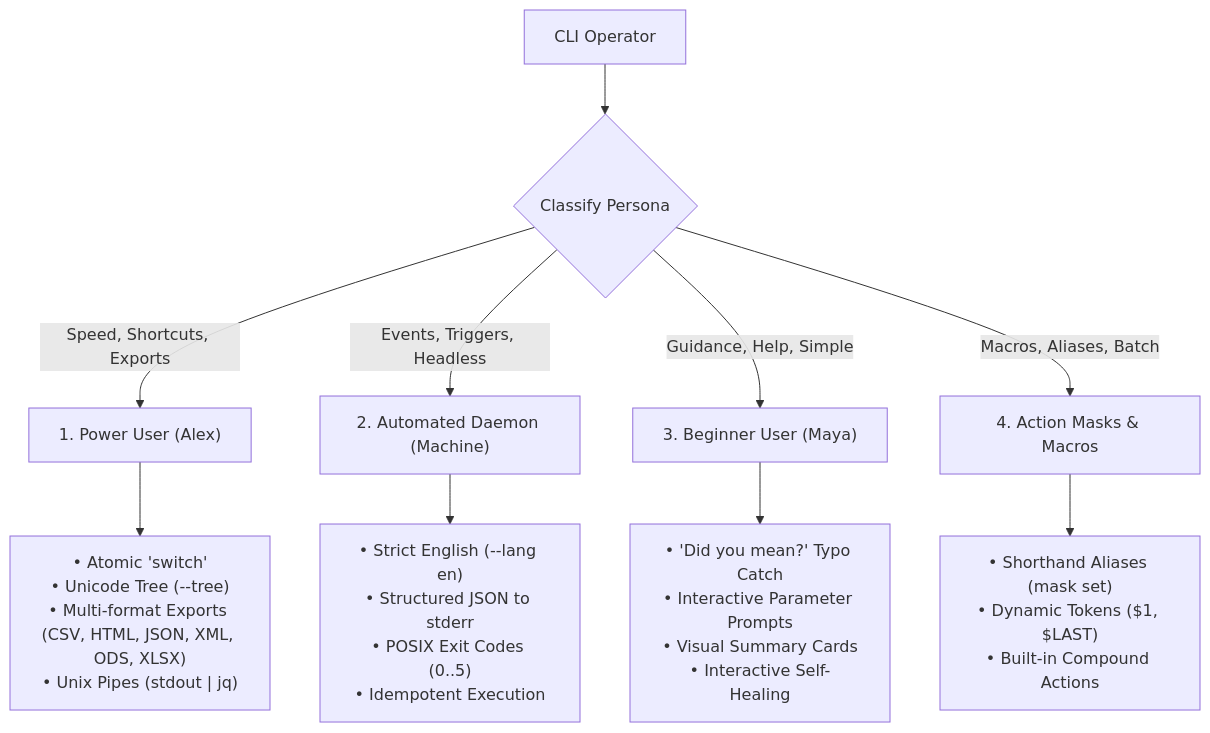
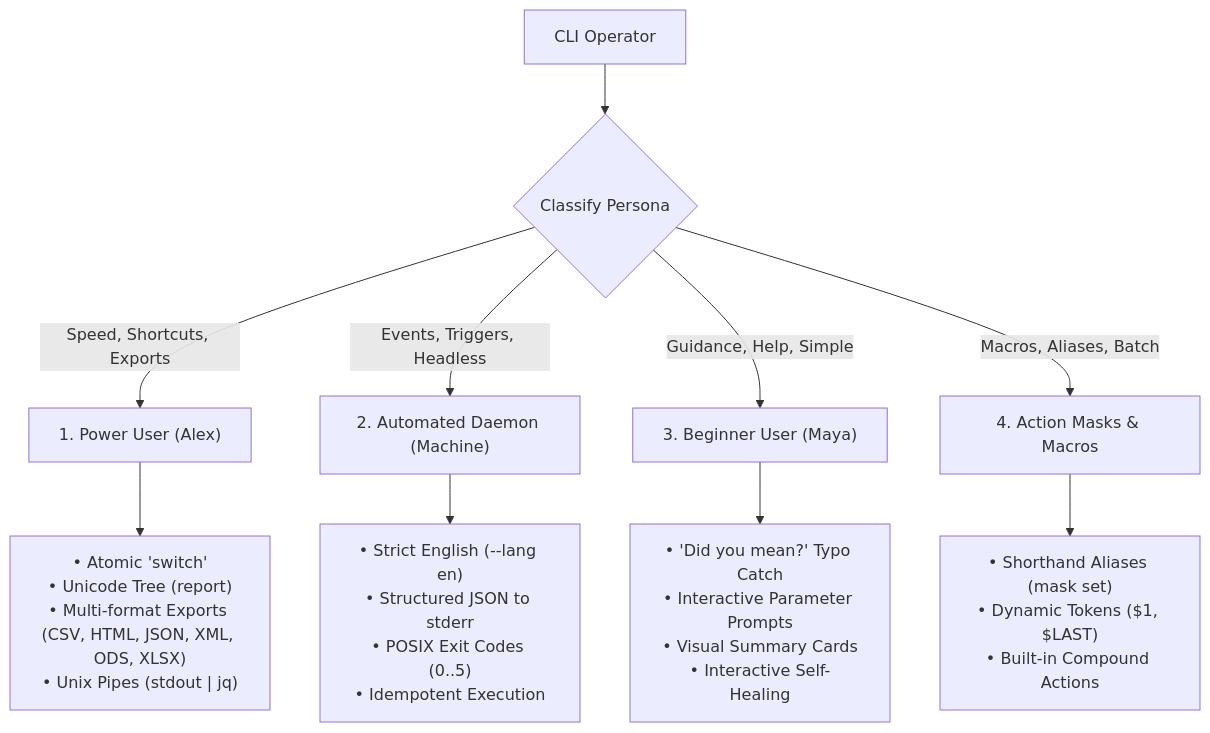
One commit to beoArcha/TimeLog changed the diagram in docs/manifesto/CLI.md. Above: the diagram before and after it, drawn with Mermaid. The commit also changed other lines of this file and 56 other files, not shown here.

First line of the commit message:
feat(cli): report format registry, --format/--variant/-o and report --json on ReportDocument (PR-24) (#140)

````diff
--- a/docs/manifesto/CLI.md
+++ b/docs/manifesto/CLI.md
@@ -80,14 +80,14 @@
 ```mermaid
 graph TD
     User["CLI Operator"] --> Identify{"Classify Persona"}
     
     Identify -->|Speed, Shortcuts, Exports| Alex["1. Power User (Alex)"]
     Identify -->|Events, Triggers, Headless| Daemon["2. Automated Daemon (Machine)"]
     Identify -->|Guidance, Help, Simple| Maya["3. Beginner User (Maya)"]
     Identify -->|Macros, Aliases, Batch| Masks["4. Action Masks & Macros"]
 
-    Alex --> AlexActions["• Atomic 'switch'<br>• Unicode Tree (--tree)<br>• Multi-format Exports (CSV, HTML, JSON, XML, ODS, XLSX)<br>• Unix Pipes (stdout | jq)"]
+    Alex --> AlexActions["• Atomic 'switch'<br>• Unicode Tree (report)<br>• Multi-format Exports (CSV, HTML, JSON, XML, ODS, XLSX)<br>• Unix Pipes (stdout | jq)"]
     Daemon --> DaemonActions["• Strict English (--lang en)<br>• Structured JSON to stderr<br>• POSIX Exit Codes (0..5)<br>• Idempotent Execution"]
     Maya --> MayaActions["• 'Did you mean?' Typo Catch<br>• Interactive Parameter Prompts<br>• Visual Summary Cards<br>• Interactive Self-Healing"]
     Masks --> MaskActions["• Shorthand Aliases (mask set)<br>• Dynamic Tokens ($1, $LAST)<br>• Built-in Compound Actions"]
 ```
````
